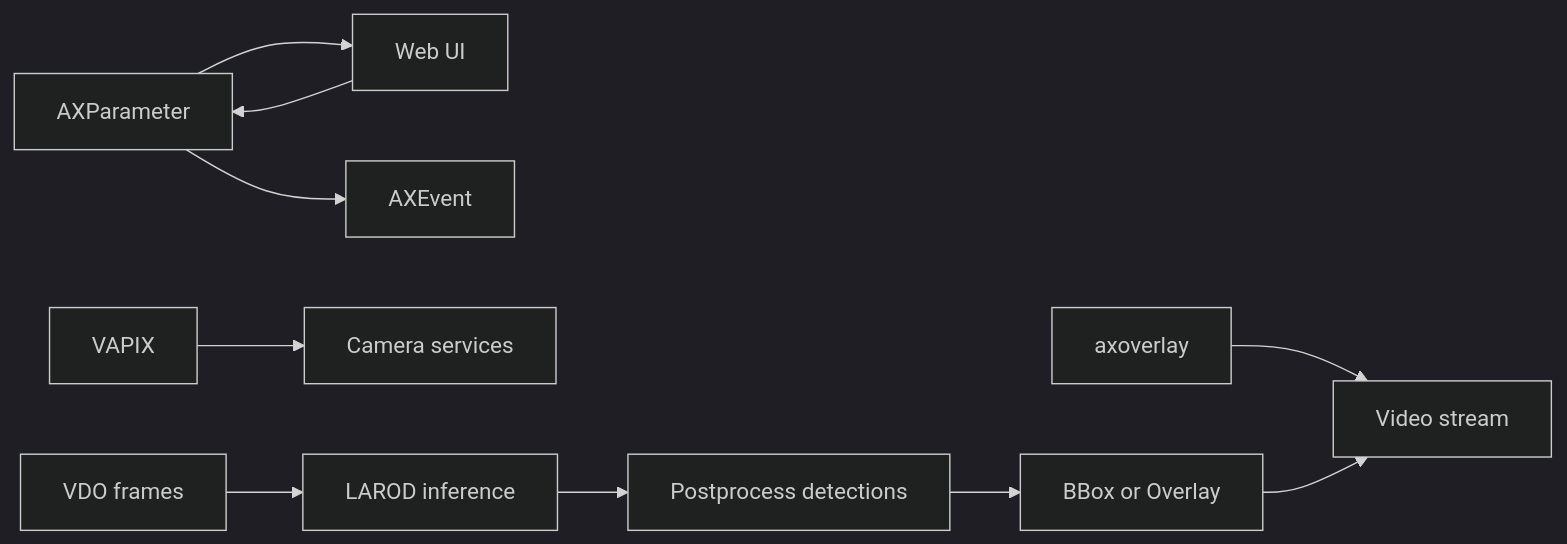
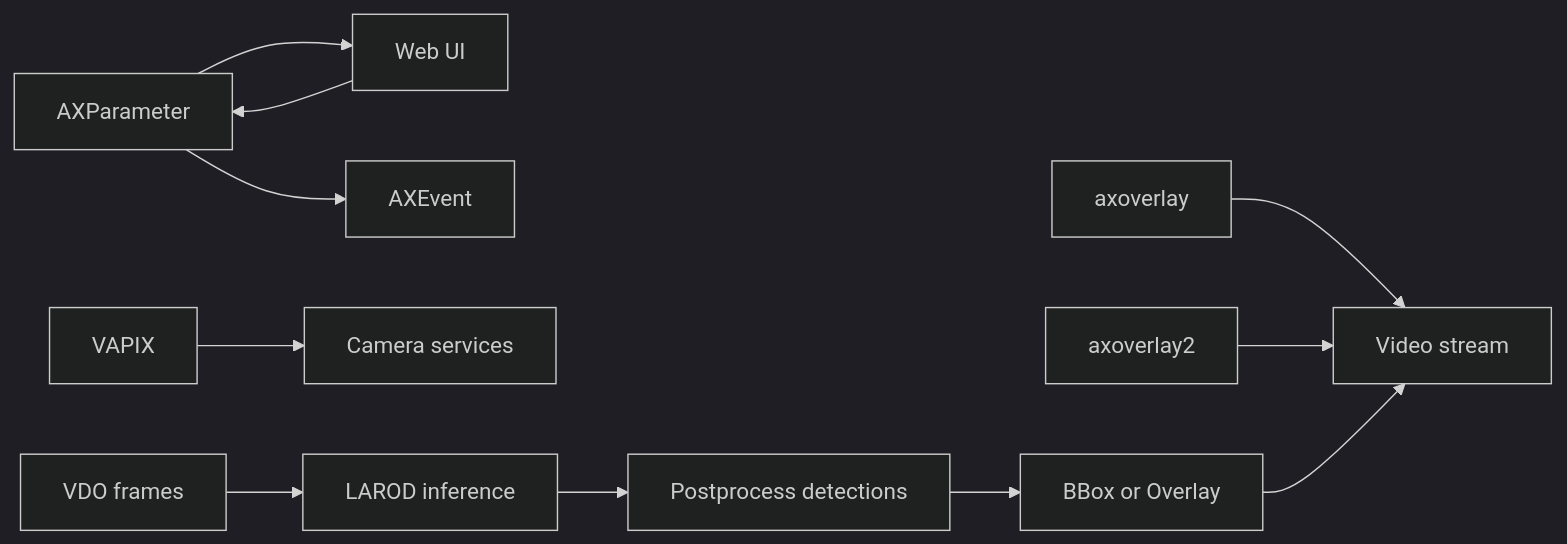
One commit to losamtz/axis-acap-tip-workshop changed the third of 3 diagrams in README.md. Above: the diagram before and after it, drawn with Mermaid (dark theme). The commit also changed other lines of this file and 40 other files, not shown here.

````diff
--- a/README.md
+++ b/README.md
@@ -128,12 +139,13 @@
 ```mermaid
 flowchart LR
     Config[AXParameter] --> Web[Web UI]
     Config --> Events[AXEvent]
     VAPIX[VAPIX] --> Camera[Camera services]
     Web --> Config
     VDO[VDO frames] --> LAROD[LAROD inference]
     LAROD --> Post[Postprocess detections]
     Post --> BBox[BBox or Overlay]
     Overlay[axoverlay] --> Video[Video stream]
+    Overlay2[axoverlay2] --> Video
     BBox --> Video
 ```
````
